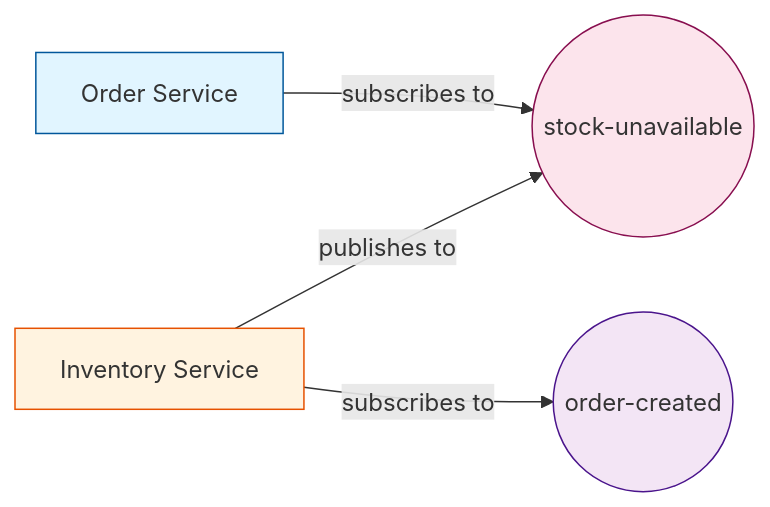
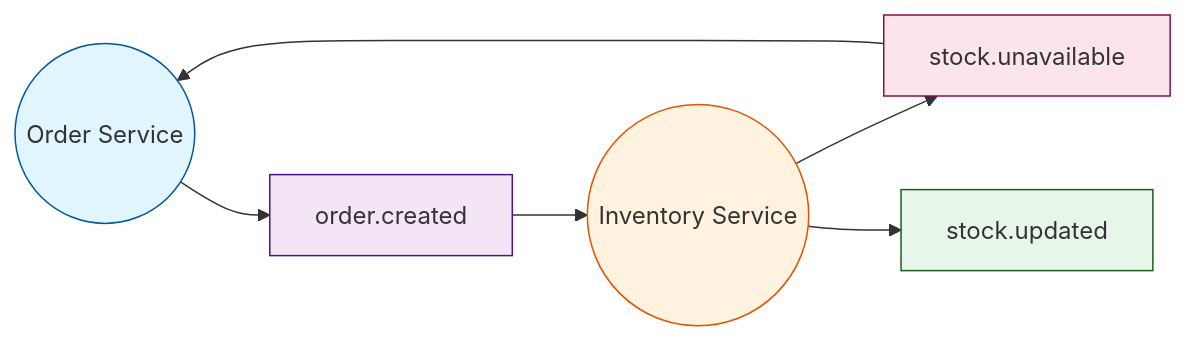
One commit to etrandafir93/async-api-playground changed the diagram in README.md. Above: the diagram before and after it, drawn with Mermaid. The commit also changed other lines of this file and 2 other files, not shown here.

````diff
--- a/README.md
+++ b/README.md
@@ -10,11 +10,14 @@
 ```mermaid
 graph LR
-    A[Order Service] -->|subscribes to| B((stock-unavailable))
-    C[Inventory Service] -->|subscribes to| D((order-created))
-    C -->|publishes to| B
+    A((Order Service)) --> D[order.created]
+    B[stock.unavailable] --> A
+    D --> C((Inventory Service))
+    C --> B
+    C --> E[stock.updated]
 
     style A fill:#e1f5ff,stroke:#01579b
     style C fill:#fff3e0,stroke:#e65100
     style B fill:#fce4ec,stroke:#880e4f
     style D fill:#f3e5f5,stroke:#4a148c
+    style E fill:#e8f5e9,stroke:#1b5e20
 ```
````
